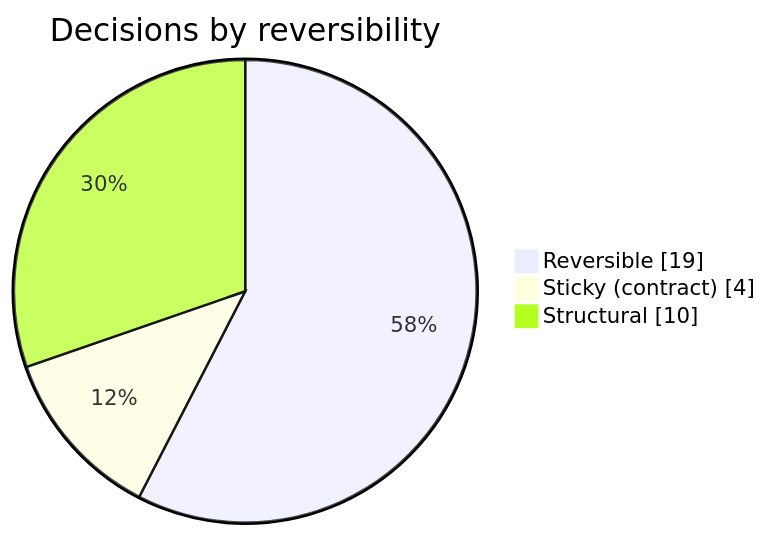
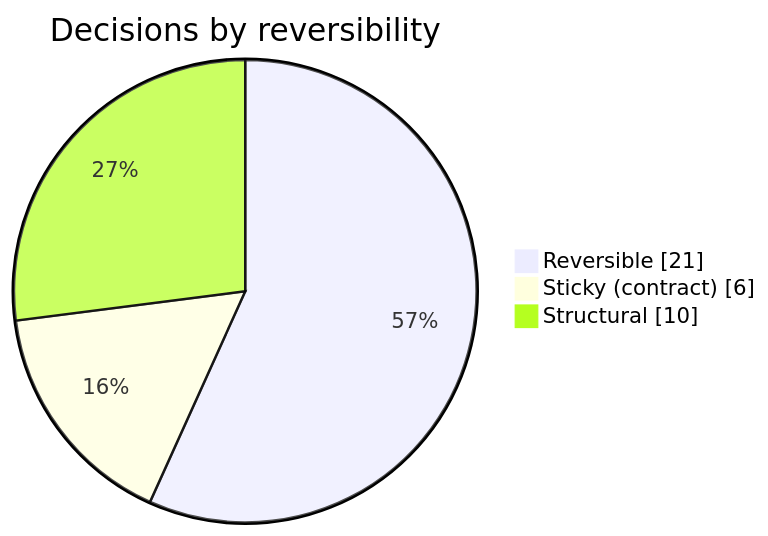
Before and after one commit to pranems/SCIMServer: the second of 3 diagrams in docs/auth/EXECUTION_DECISIONS_AND_RATIONALE.md, drawn with Mermaid. The commit also changed other lines of this file and 3 other files, not shown here.

````diff
--- a/docs/auth/EXECUTION_DECISIONS_AND_RATIONALE.md
+++ b/docs/auth/EXECUTION_DECISIONS_AND_RATIONALE.md
@@ -54,7 +56,7 @@
 ```mermaid
 pie showData
     title Decisions by reversibility
-    "Reversible" : 19
-    "Sticky (contract)" : 4
+    "Reversible" : 21
+    "Sticky (contract)" : 6
     "Structural" : 10
 ```
````
